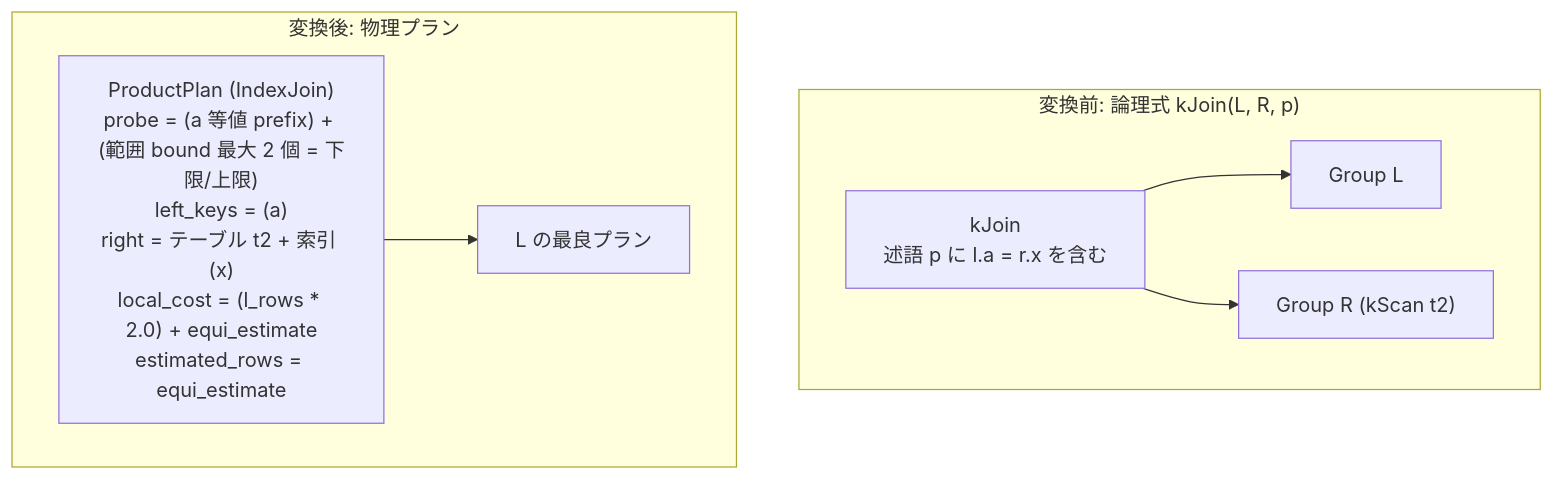
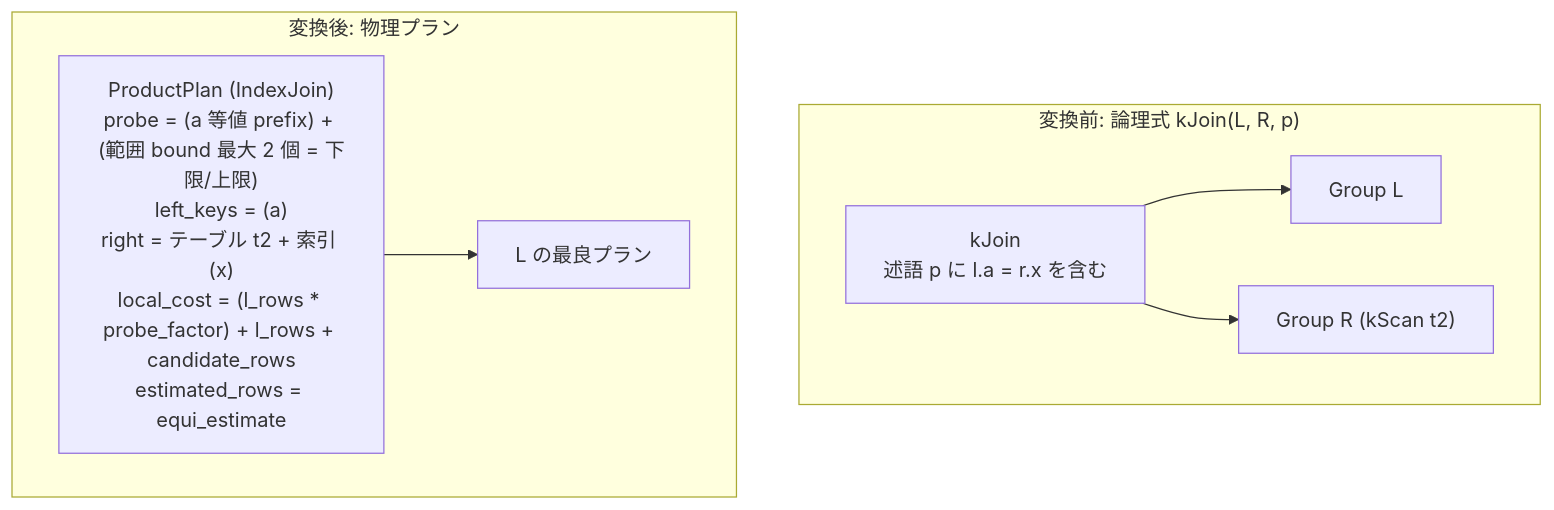
The diagram in docs/opt/part2-rules/implementation/index_join.md (kumagi/tinylamb), drawn with Mermaid before and after one commit. The commit also changed other lines of this file and 764 other files, not shown here.

````diff
--- a/docs/opt/part2-rules/implementation/index_join.md
+++ b/docs/opt/part2-rules/implementation/index_join.md
@@ -16,10 +16,10 @@
 ```mermaid
 graph TD
   subgraph before["変換前: 論理式 kJoin(L, R, p)"]
     J["kJoin<br/>述語 p に l.a = r.x を含む"] --> L["Group L"]
     J --> R2["Group R (kScan t2)"]
   end
   subgraph after["変換後: 物理プラン"]
-    IJ["ProductPlan (IndexJoin)<br/>probe = (a 等値 prefix) + (範囲 bound 最大 2 個 = 下限/上限)<br/>left_keys = (a)<br/>right = テーブル t2 + 索引 (x)<br/>local_cost = (l_rows * 2.0) + equi_estimate<br/>estimated_rows = equi_estimate"] --> L1["L の最良プラン"]
+    IJ["ProductPlan (IndexJoin)<br/>probe = (a 等値 prefix) + (範囲 bound 最大 2 個 = 下限/上限)<br/>left_keys = (a)<br/>right = テーブル t2 + 索引 (x)<br/>local_cost = (l_rows * probe_factor) + l_rows + candidate_rows<br/>estimated_rows = equi_estimate"] --> L1["L の最良プラン"]
   end
 ```
````
